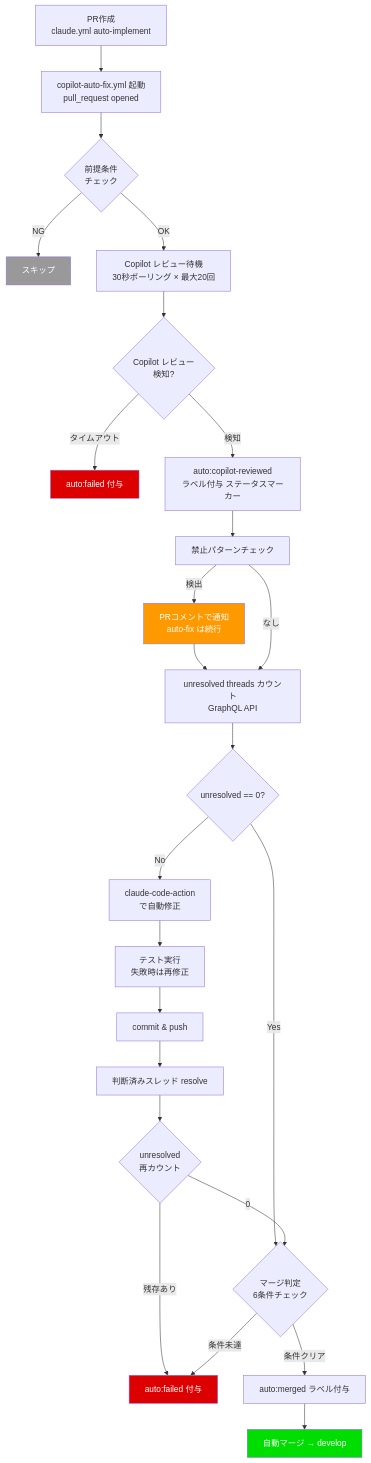
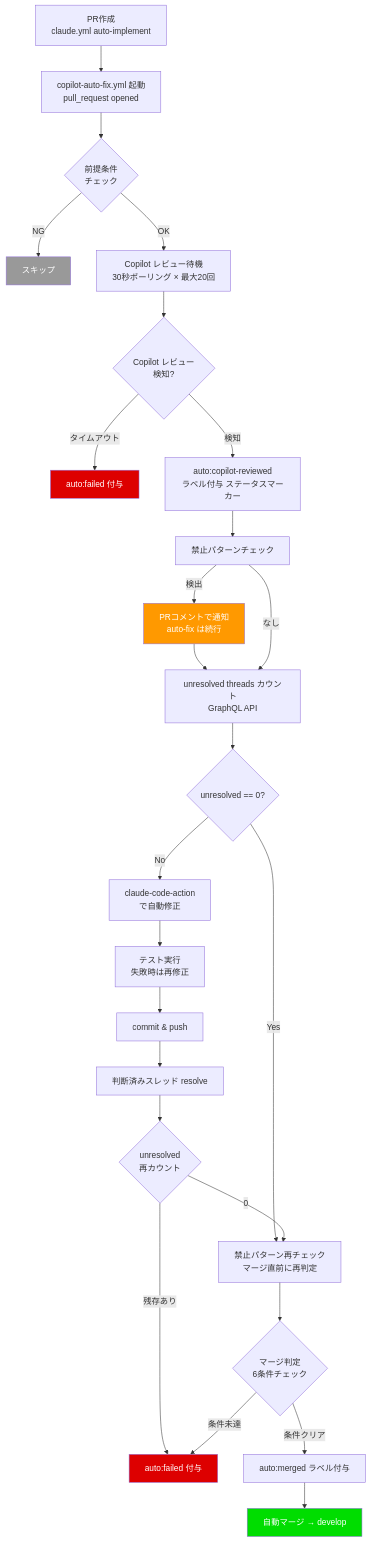
Before and after one commit to becky3/learning-companion: the first of 2 diagrams in docs/specs/copilot-auto-fix.md, drawn with Mermaid. The commit also changed other lines of this file and 2 other files, not shown here.

Commit message:
fix(ci): 禁止パターンをマージ直前に再チェック + gh pr diff バグ修正 (#453)
- check-forbidden.sh: gh pr diff のファイル指定構文バグを修正
  (gh pr diff は -- <file> 不可、全diff取得→sed抽出に変更)
- copilot-auto-fix.yml: マージ直前にcheck-forbidden.shを再実行し
  fresh な結果でmerge-check.shの条件6を判定
- 仕様書: フロー図・禁止パターンチェックの2段階説明を追加

````diff
--- a/docs/specs/copilot-auto-fix.md
+++ b/docs/specs/copilot-auto-fix.md
@@ -69,32 +69,33 @@
 ```mermaid
 flowchart TD
     A[PR作成<br/>claude.yml auto-implement] --> B[copilot-auto-fix.yml 起動<br/>pull_request opened]
     B --> B0{前提条件<br/>チェック}
     B0 -->|NG| Z[スキップ]
     B0 -->|OK| B1[Copilot レビュー待機<br/>30秒ポーリング × 最大20回]
     B1 --> B2{Copilot レビュー<br/>検知?}
     B2 -->|タイムアウト| I2[auto:failed 付与]
     B2 -->|検知| B3[auto:copilot-reviewed<br/>ラベル付与 ステータスマーカー]
     B3 --> H[禁止パターンチェック]
     H -->|検出| H2[PRコメントで通知<br/>auto-fix は続行]
     H2 --> J
     H -->|なし| J[unresolved threads カウント<br/>GraphQL API]
     J --> K{unresolved == 0?}
-    K -->|Yes| L{マージ判定<br/>6条件チェック}
+    K -->|Yes| L0[禁止パターン再チェック<br/>マージ直前に再判定]
+    L0 --> L{マージ判定<br/>6条件チェック}
     K -->|No| M[claude-code-action<br/>で自動修正]
     M --> M2[テスト実行<br/>失敗時は再修正]
     M2 --> M3[commit & push]
     M3 --> N[判断済みスレッド resolve]
     N --> N2{unresolved<br/>再カウント}
     N2 -->|残存あり| P[auto:failed 付与]
-    N2 -->|0| L
+    N2 -->|0| L0
     L -->|条件クリア| L2[auto:merged ラベル付与]
     L2 --> O[自動マージ → develop]
     L -->|条件未達| P
 
     style O fill:#0d0,color:#fff
     style H2 fill:#f90,color:#fff
     style I2 fill:#d00,color:#fff
     style P fill:#d00,color:#fff
     style Z fill:#999,color:#fff
 ```
````
